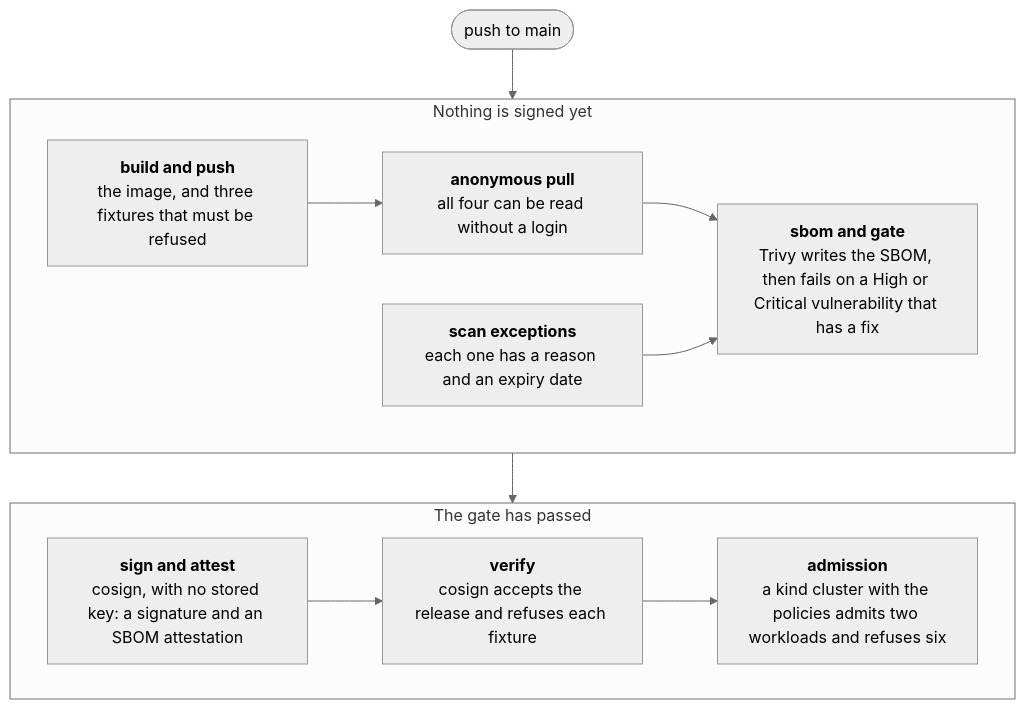
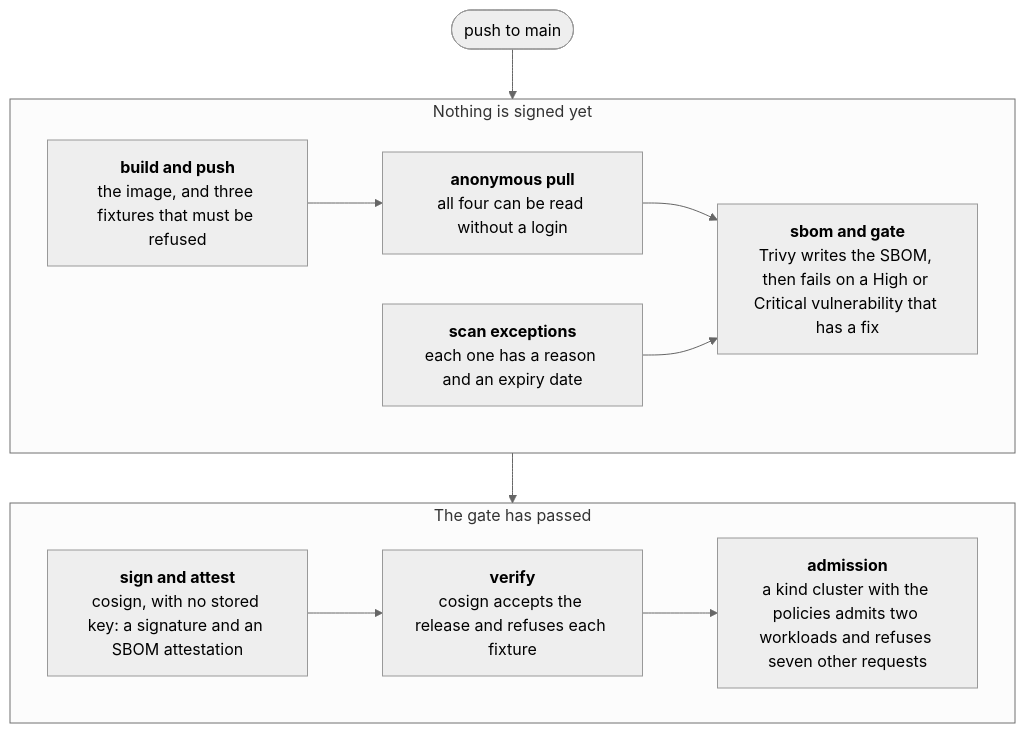
The diagram in README.md (shubhroses/signed-image-pipeline), drawn with Mermaid (neutral theme) before and after one commit. The commit also changed other lines of this file and 7 other files, not shown here.

````diff
--- a/README.md
+++ b/README.md
@@ -11,24 +11,24 @@
 ```mermaid
 flowchart TD
     push(["push to main"]) --> before
 
     subgraph before ["Nothing is signed yet"]
         direction LR
         build["<b>build and push</b><br/>the image, and three fixtures that must be refused"]
         pull["<b>anonymous pull</b><br/>all four can be read without a login"]
         exceptions["<b>scan exceptions</b><br/>each one has a reason and an expiry date"]
         scan["<b>sbom and gate</b><br/>Trivy writes the SBOM, then fails on a High or Critical vulnerability that has a fix"]
         build --> pull --> scan
         exceptions --> scan
     end
 
     subgraph after ["The gate has passed"]
         direction LR
         sign["<b>sign and attest</b><br/>cosign, with no stored key: a signature and an SBOM attestation"]
         verify["<b>verify</b><br/>cosign accepts the release and refuses each fixture"]
-        admission["<b>admission</b><br/>a kind cluster with the policies admits two workloads and refuses six"]
+        admission["<b>admission</b><br/>a kind cluster with the policies admits two workloads and refuses seven other requests"]
         sign --> verify --> admission
     end
 
     before --> after
 ```
````
